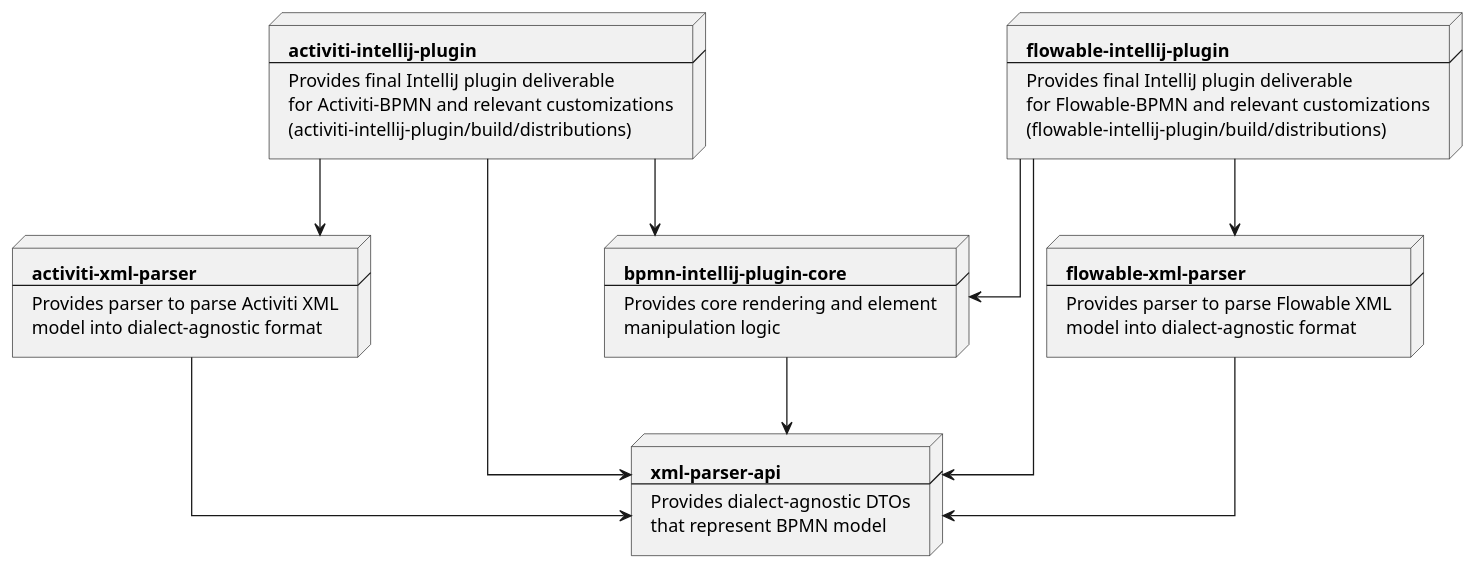
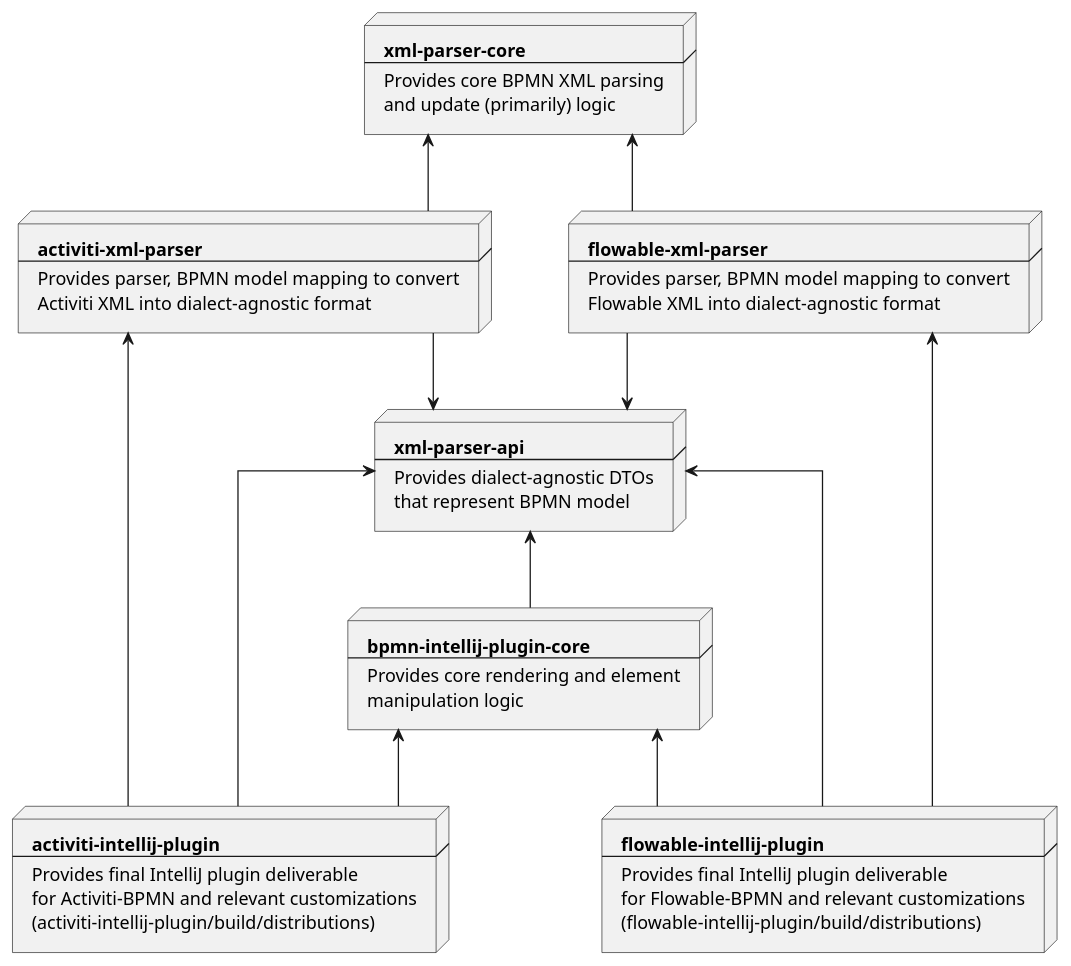
One commit to valb3r/flowable-bpmn-intellij-plugin changed the diagram in docs/img/module_architecture.puml. Above: the diagram before and after it, drawn with PlantUML. The commit also changed 1 other file, not shown here.

```diff
--- a/docs/img/module_architecture.puml
+++ b/docs/img/module_architecture.puml
@@ -1,62 +1,71 @@
 @startuml
 
 skinparam ranksep 60
 skinparam nodesep 60
 skinparam linetype ortho
 
 node flowable_xml_parser [
 <b>flowable-xml-parser</b>
 --
-Provides parser to parse Flowable XML
-model into dialect-agnostic format
+Provides parser, BPMN model mapping to convert
+Flowable XML into dialect-agnostic format
 ]
 
 node activiti_xml_parser [
 <b>activiti-xml-parser</b>
 --
-Provides parser to parse Activiti XML
-model into dialect-agnostic format
+Provides parser, BPMN model mapping to convert
+Activiti XML into dialect-agnostic format
+]
+
+node xml_parser_core [
+<b>xml-parser-core</b>
+--
+Provides core BPMN XML parsing
+and update (primarily) logic
 ]
 
 node xml_parser_api [
 <b>xml-parser-api</b>
 --
 Provides dialect-agnostic DTOs
 that represent BPMN model
 ]
 
 node bpmn_intellij_plugin_core [
 <b>bpmn-intellij-plugin-core</b>
 --
 Provides core rendering and element
 manipulation logic
 ]
 
 node flowable_intellij_plugin [
 <b>flowable-intellij-plugin</b>
 --
 Provides final IntelliJ plugin deliverable
 for Flowable-BPMN and relevant customizations
 (flowable-intellij-plugin/build/distributions)
 ]
 
 node activiti_intellij_plugin [
 <b>activiti-intellij-plugin</b>
 --
 Provides final IntelliJ plugin deliverable
 for Activiti-BPMN and relevant customizations
 (activiti-intellij-plugin/build/distributions)
 ]
 
 
-flowable_intellij_plugin --> flowable_xml_parser
-flowable_intellij_plugin --> xml_parser_api
-flowable_intellij_plugin --> bpmn_intellij_plugin_core
-activiti_intellij_plugin --> activiti_xml_parser
-activiti_intellij_plugin --> xml_parser_api
-activiti_intellij_plugin --> bpmn_intellij_plugin_core
-bpmn_intellij_plugin_core --> xml_parser_api
+flowable_intellij_plugin -up-> flowable_xml_parser
+flowable_intellij_plugin -up-> xml_parser_api
+flowable_intellij_plugin -up-> bpmn_intellij_plugin_core
+activiti_intellij_plugin -up-> activiti_xml_parser
+activiti_intellij_plugin -up-> xml_parser_api
+activiti_intellij_plugin -up-> bpmn_intellij_plugin_core
+bpmn_intellij_plugin_core -up-> xml_parser_api
+flowable_xml_parser -up-> xml_parser_core
+activiti_xml_parser -up-> xml_parser_core
 flowable_xml_parser --> xml_parser_api
 activiti_xml_parser --> xml_parser_api
 
 @enduml
```
